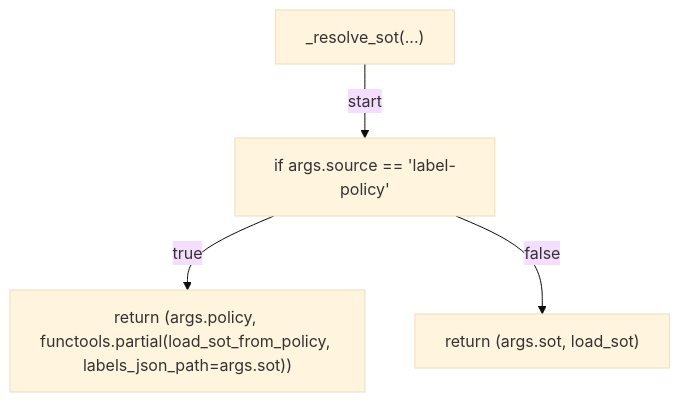
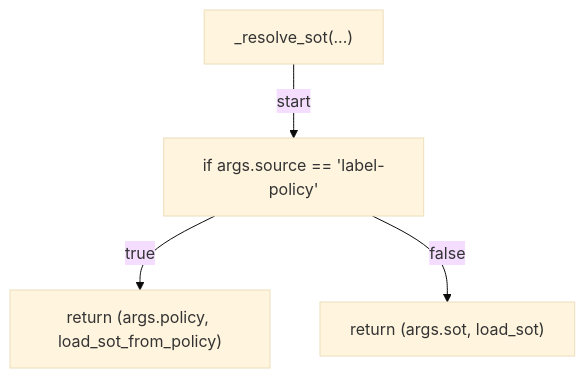
One commit to tvna/claude-md changed diagram 11 of 20 in docs/generated/scripts/ast/labels_apply.md. Above: the diagram before and after it, drawn with Mermaid (base theme). The commit also changed other lines of this file and 3 other files, not shown here.

First line of the commit message:
docs(generated): regenerate decision tree and workflow diagrams (#2494)

````diff
--- a/docs/generated/scripts/ast/labels_apply.md
+++ b/docs/generated/scripts/ast/labels_apply.md
@@ -213,10 +201,10 @@
 ```mermaid
 flowchart TD
     N001["_resolve_sot(...)"]
     N002["if args.source == 'label-policy'"]
-    N003["return (args.policy, functools.partial(load_sot_from_policy, labels_json_path=args.sot))"]
+    N003["return (args.policy, load_sot_from_policy)"]
     N004["return (args.sot, load_sot)"]
     N001 -->|"start"| N002
     N002 -->|"true"| N003
     N002 -->|"false"| N004
 ```
````
